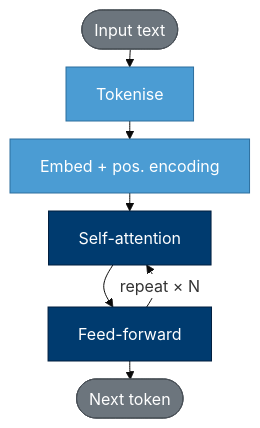
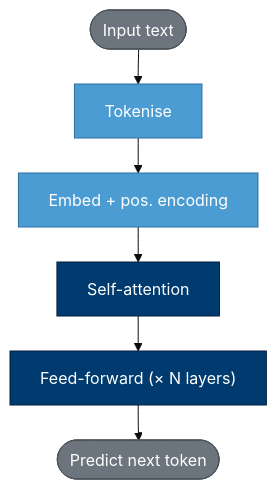
Before and after one commit to Cambridge-ICCS/GenAI-teaching: the sixth of 8 diagrams in _intro.qmd, drawn with Mermaid. The commit also changed other lines of this file, not shown here.

````diff
--- a/_intro.qmd
+++ b/_intro.qmd
@@ -50,18 +129,15 @@
 ```{mermaid}
-%%{init: {"flowchart": {"nodeSpacing": 15, "rankSpacing": 18}, "theme": "base", "themeVariables": {"edgeLabelBackground": "#ffffff"}}}%%
+%%{init: {"flowchart": {"nodeSpacing": 20, "rankSpacing": 35}, "theme": "base", "themeVariables": {"edgeLabelBackground": "#ffffff"}}}%%
 flowchart TD
     A([Input text]) --> B[Tokenise]
     B --> C[Embed + pos. encoding]
     C --> D[Self-attention]
-    D --> E[Feed-forward]
-    E -->|repeat × N| D
-    E --> F([Next token])
-
-    classDef io     fill:#6c757d,stroke:#495057,color:#fff,rx:20
-    classDef prep   fill:#4b9cd3,stroke:#2c6e9e,color:#fff
-    classDef core   fill:#003b6f,stroke:#001f3f,color:#fff
-
+    D --> E["Feed-forward (× N layers)"]
+    E --> F([Predict next token])
+    classDef io   fill:#6c757d,stroke:#495057,color:#fff
+    classDef prep fill:#4b9cd3,stroke:#2c6e9e,color:#fff
+    classDef core fill:#003b6f,stroke:#001f3f,color:#fff
     class A,F io
     class B,C prep
     class D,E core
 ```
````
